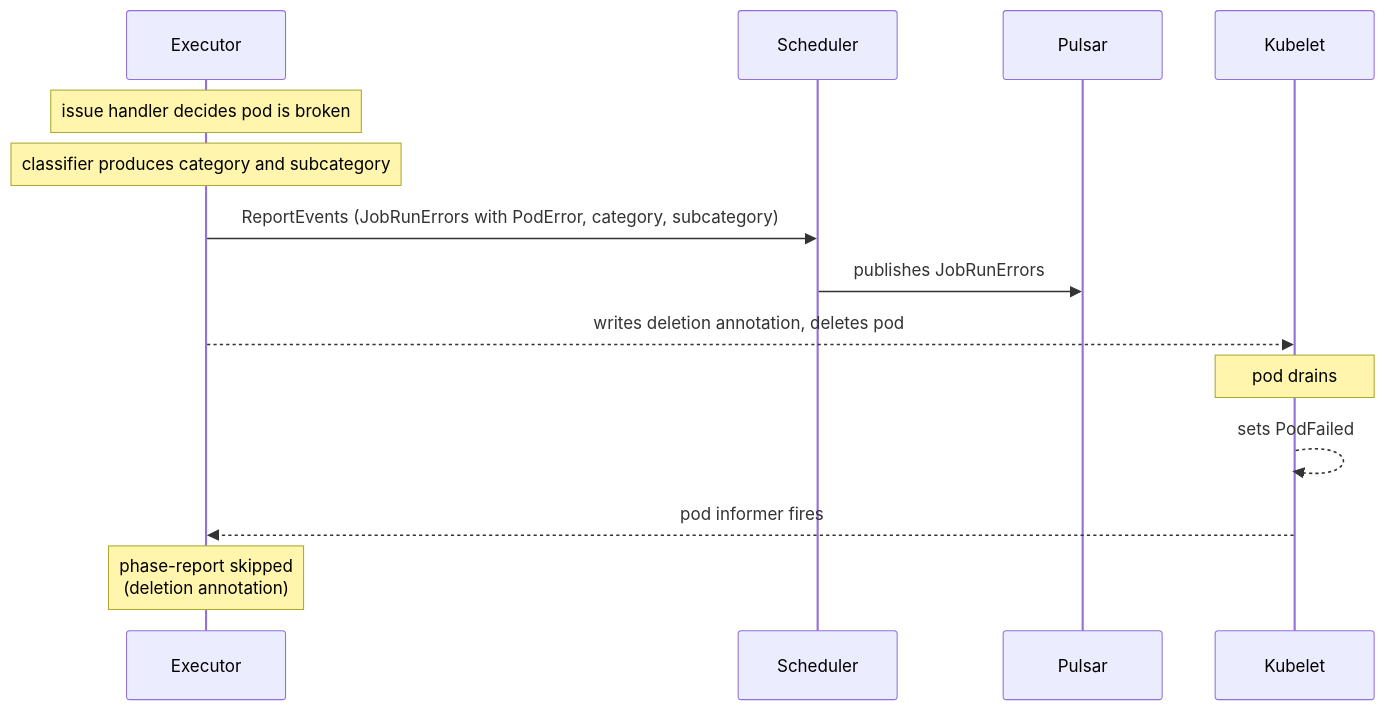
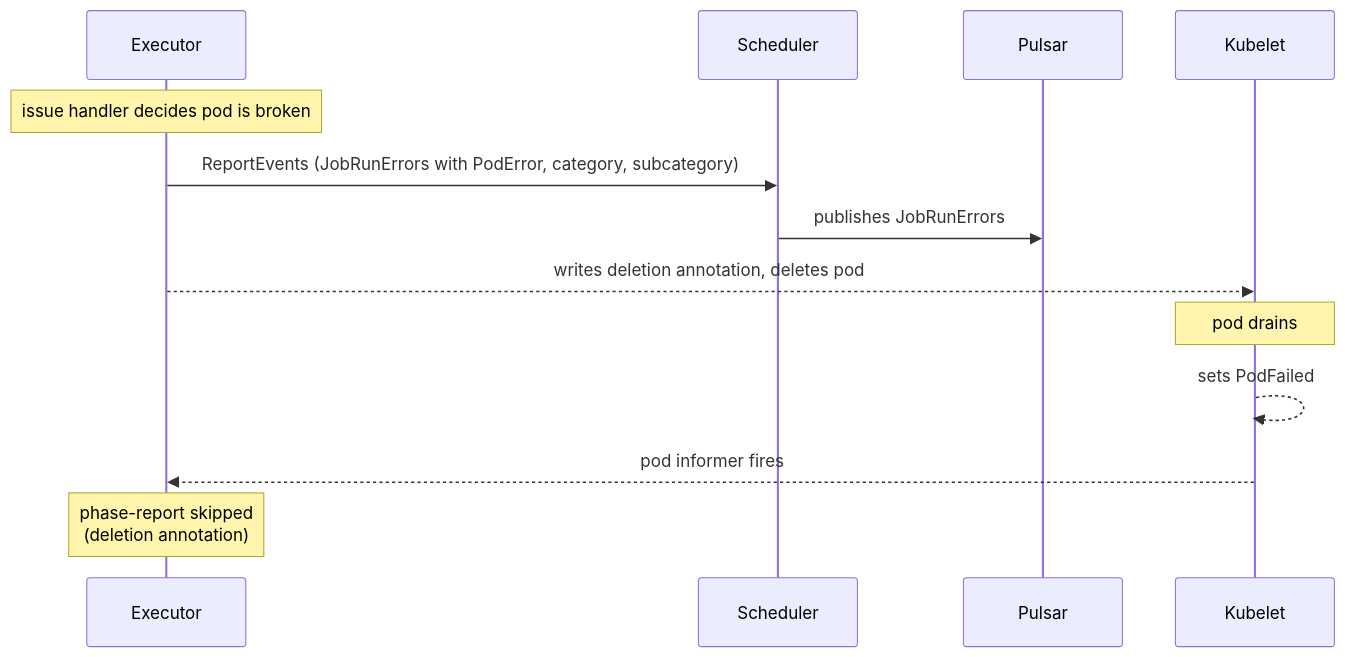
One commit to armadaproject/armada changed the eighth of 12 diagrams in docs/developer/job-lifecycle-events.md. Above: the diagram before and after it, drawn with Mermaid. The commit also changed other lines of this file, not shown here.

````diff
--- a/docs/developer/job-lifecycle-events.md
+++ b/docs/developer/job-lifecycle-events.md
@@ -415,16 +360,15 @@
 ```mermaid
 sequenceDiagram
     participant E as Executor
     participant Sc as Scheduler
     participant P as Pulsar
     participant K as Kubelet
     Note over E: issue handler decides pod is broken
-    Note over E: classifier produces category and subcategory
     E->>Sc: ReportEvents (JobRunErrors with PodError, category, subcategory)
     Sc->>P: publishes JobRunErrors
     E-->>K: writes deletion annotation, deletes pod
     Note over K: pod drains
     K-->>K: sets PodFailed
     K-->>E: pod informer fires
     Note over E: phase-report skipped<br/>(deletion annotation)
 ```
````
